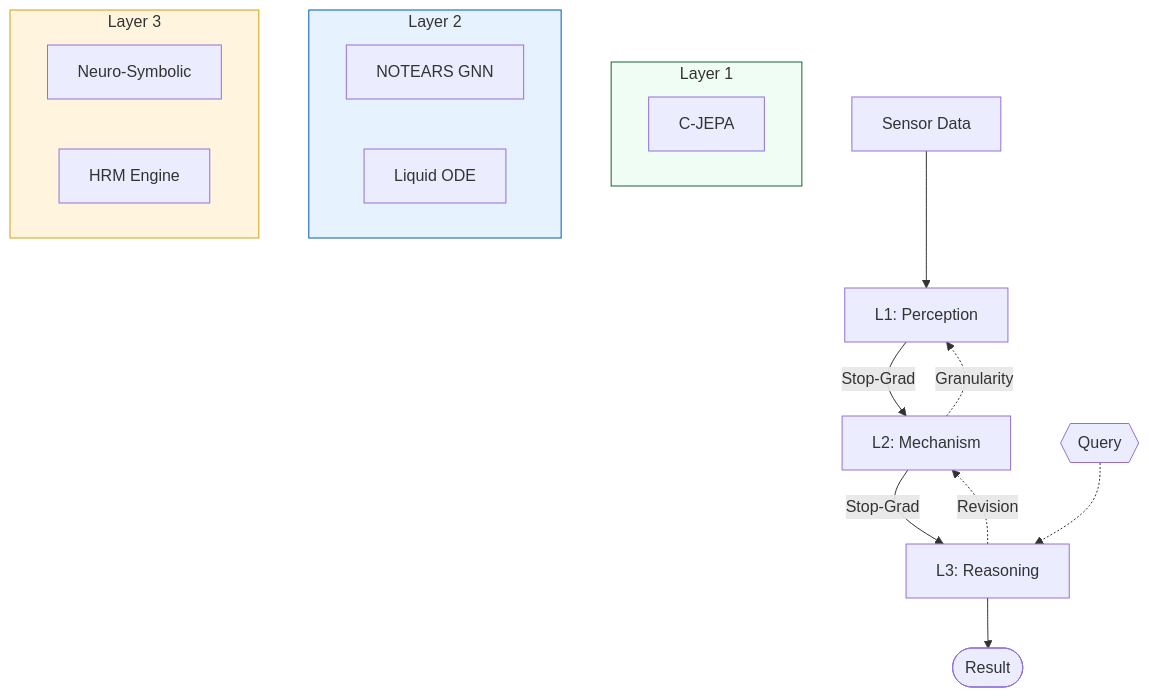
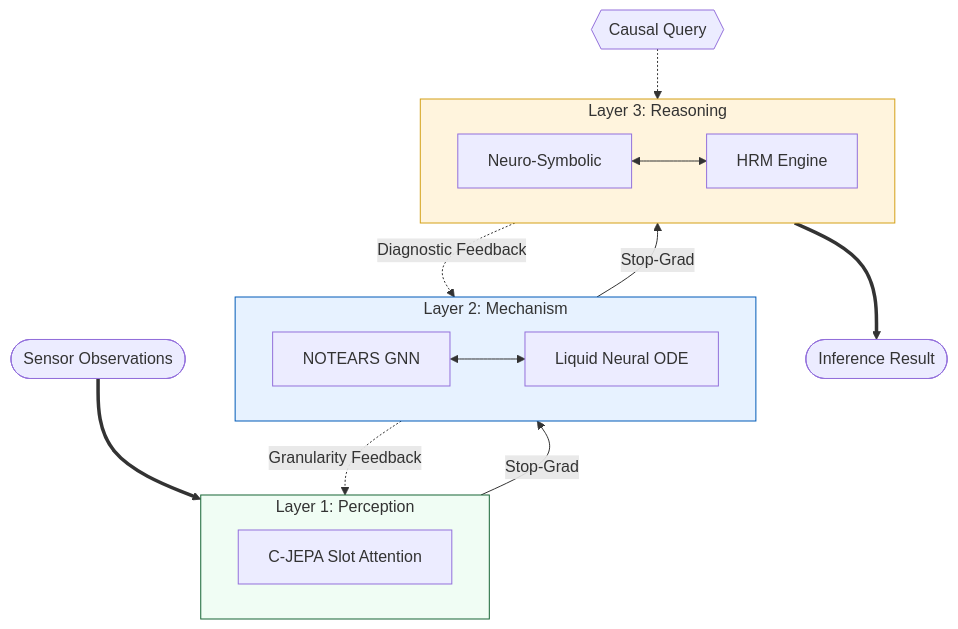
Before and after one commit to sunghunkwag/HHCRA-Causal-Inference: the diagram in README.md, drawn with Mermaid.

Commit message:
docs: finalize architecture diagram with verified Option A (English)

````diff
--- a/README.md
+++ b/README.md
@@ -20,33 +20,30 @@
 ```mermaid
-graph TD
-    %% Main Hierarchy
-    A[Sensor Data] --> B[L1: Perception]
-    B -- "Stop-Grad" --> C[L2: Mechanism]
-    C -- "Stop-Grad" --> D[L3: Reasoning]
+flowchart TD
+    Input([Sensor Observations]) ==> L1
     
-    %% Components inside layers (flat structure for stability)
-    subgraph L1 [Layer 1]
-        B1[C-JEPA]
-    end
-    
-    subgraph L2 [Layer 2]
-        C1[NOTEARS GNN]
-        C2[Liquid ODE]
-    end
-    
-    subgraph L3 [Layer 3]
-        D1[Neuro-Symbolic]
-        D2[HRM Engine]
+    subgraph L1 [Layer 1: Perception]
+        C1[C-JEPA Slot Attention]
     end
 
-    %% Feedback & Logic
-    D -. "Revision" .-> C
-    C -. "Granularity" .-> B
-    Q{{"Query"}} -.-> D
-    D --> R([Result])
+    L1 -- "Stop-Grad" --> L2
+    
+    subgraph L2 [Layer 2: Mechanism]
+        C2[NOTEARS GNN] <--> C3[Liquid Neural ODE]
+    end
 
-    %% Styling
+    L2 -- "Stop-Grad" --> L3
+
+    subgraph L3 [Layer 3: Reasoning]
+        C4[Neuro-Symbolic] <--> C5[HRM Engine]
+    end
+
+    Q{{Causal Query}} -.-> L3
+    L3 ==> R([Inference Result])
+
+    L3 -. "Diagnostic Feedback" .-> L2
+    L2 -. "Granularity Feedback" .-> L1
+
+    style L1 fill:#f0fdf4,stroke:#166534
+    style L2 fill:#e7f2ff,stroke:#005bb7
     style L3 fill:#fff4dd,stroke:#d4a017
-    style L2 fill:#e7f2ff,stroke:#005bb7
-    style L1 fill:#f0fdf4,stroke:#166534
 ```
````
